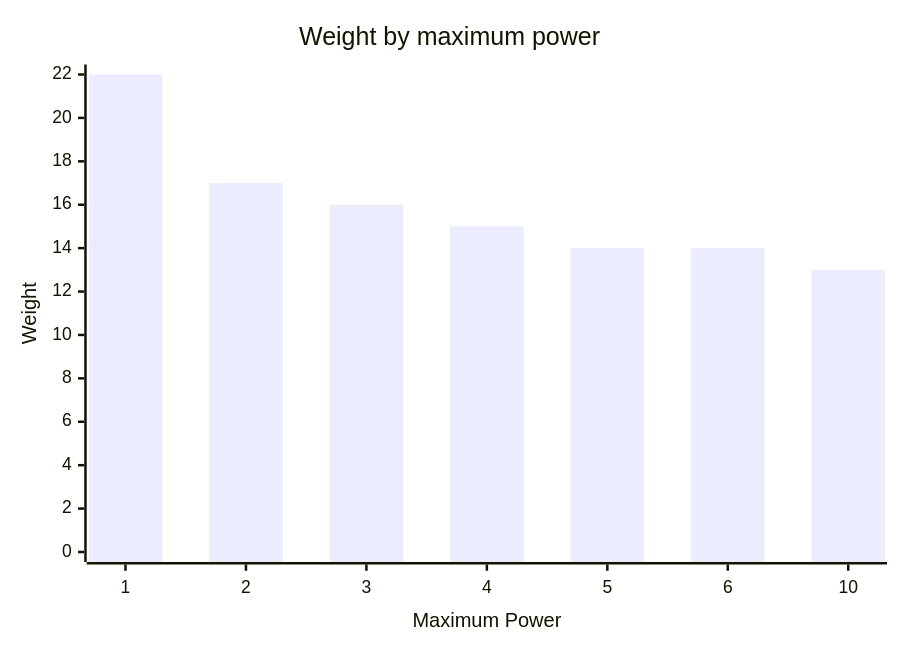
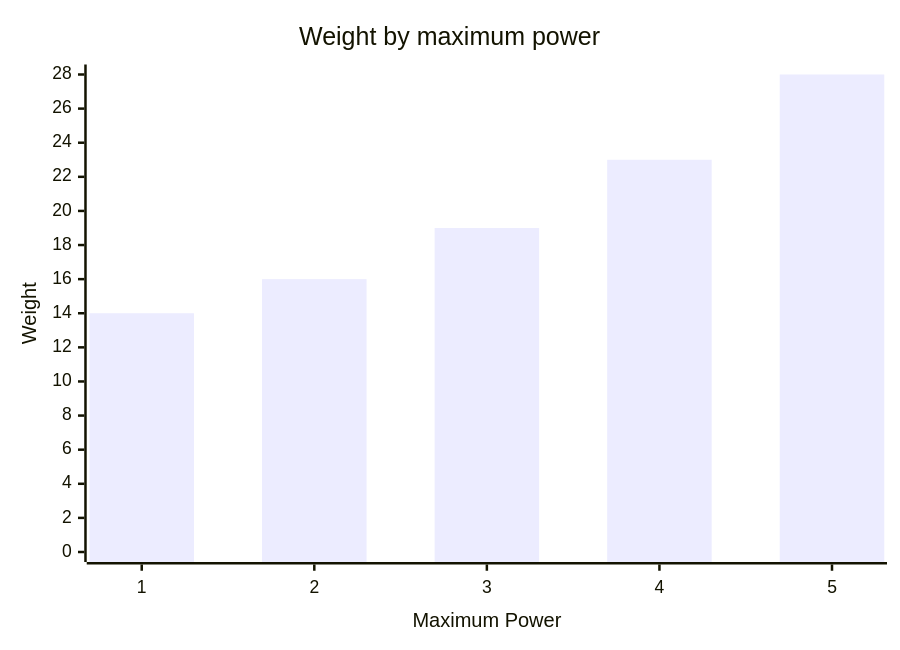
Before and after one commit to kilfour/SharpBotz: the ninth of 10 diagrams in README.md, drawn with Mermaid. The commit also changed other lines of this file and 4 other files, not shown here.

````diff
--- a/README.md
+++ b/README.md
@@ -259,7 +261,7 @@
 ```mermaid
 xychart-beta
     title "Weight by maximum power"
-    x-axis "Maximum Power" [1, 2, 3, 4, 5, 6, 10]
-    y-axis "Weight" 0 --> 22
-    bar [22, 17, 16, 15, 14, 14, 13]
+    x-axis "Maximum Power" [1, 2, 3, 4, 5]
+    y-axis "Weight" 0 --> 28
+    bar [14, 16, 19, 23, 28]
 ```
````
